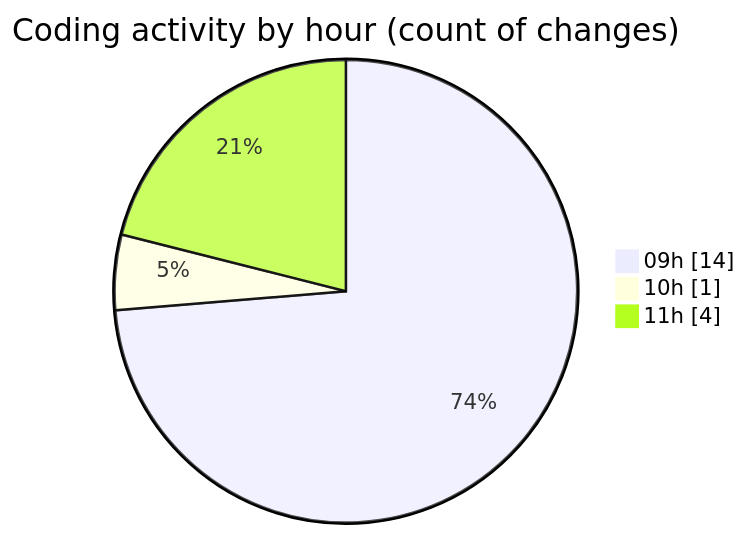
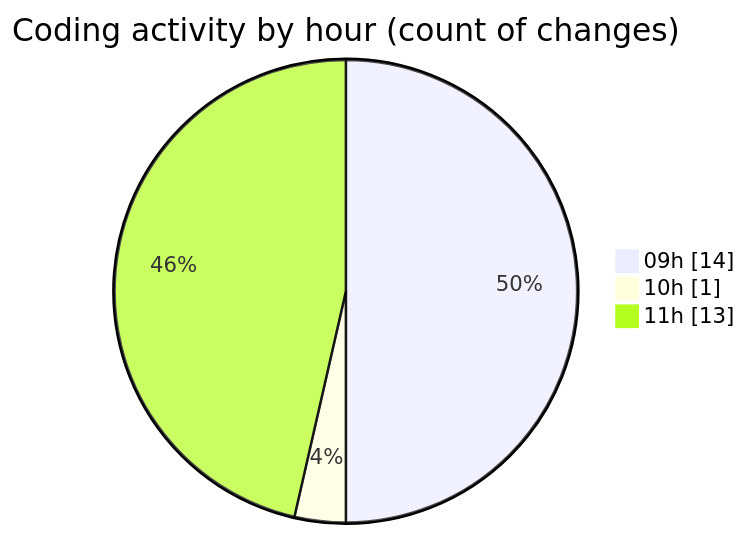
The second of 2 diagrams in 2025-12-05/cda/README.md (momahboobian/code-tracking), drawn with Mermaid before and after one commit. The commit also changed other lines of this file and 1 other file, not shown here.

````diff
--- a/2025-12-05/cda/README.md
+++ b/2025-12-05/cda/README.md
@@ -38,7 +39,7 @@
 ```mermaid
 pie showData
 title Coding activity by hour (count of changes)
 "09h" : 14
 "10h" : 1
-"11h" : 4
+"11h" : 13
 ```
````
